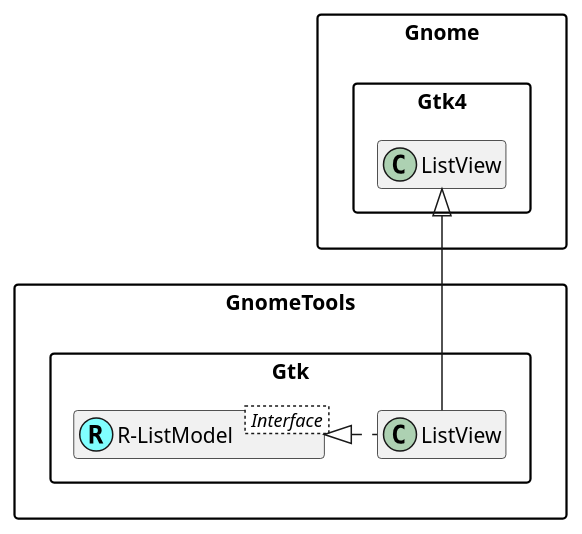
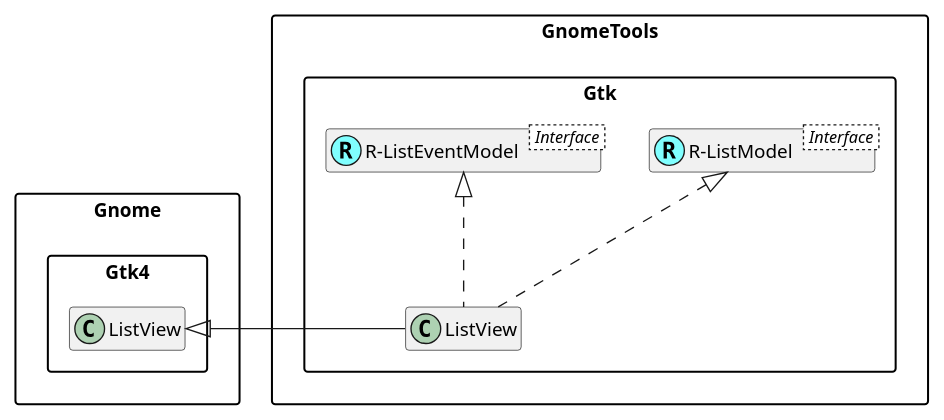
The second of 5 diagrams in lib/GnomeTools/Gtk/plantuml/ListvView.md (MARTIMM/GnomeTools), drawn with PlantUML before and after one commit. The commit also changed other lines of this file, not shown here.

````diff
--- a/lib/GnomeTools/Gtk/plantuml/ListvView.md
+++ b/lib/GnomeTools/Gtk/plantuml/ListvView.md
@@ -20,17 +20,20 @@
 ```plantuml
 @startuml
-'scale 0.8
+scale 0.9
 
 skinparam packageStyle rectangle
 skinparam stereotypeCBackgroundColor #80ffff
 set namespaceSeparator ::
-hide members
+hide empty members
 
 Interface GnomeTools::Gtk::R-ListModel < Interface >
+Interface GnomeTools::Gtk::R-ListEventModel < Interface >
 class GnomeTools::Gtk::R-ListModel <<(R,#80ffff)>>
+class GnomeTools::Gtk::R-ListEventModel <<(R,#80ffff)>>
 
-"GnomeTools::Gtk::R-ListModel" <|. "GnomeTools::Gtk::ListView"
-"Gnome::Gtk4::ListView" <|-- "GnomeTools::Gtk::ListView"
+"GnomeTools::Gtk::R-ListModel" <|.. "GnomeTools::Gtk::ListView"
+"GnomeTools::Gtk::R-ListEventModel" <|.. "GnomeTools::Gtk::ListView"
+"Gnome::Gtk4::ListView" <|- "GnomeTools::Gtk::ListView"
 
 @enduml
 ```
````
